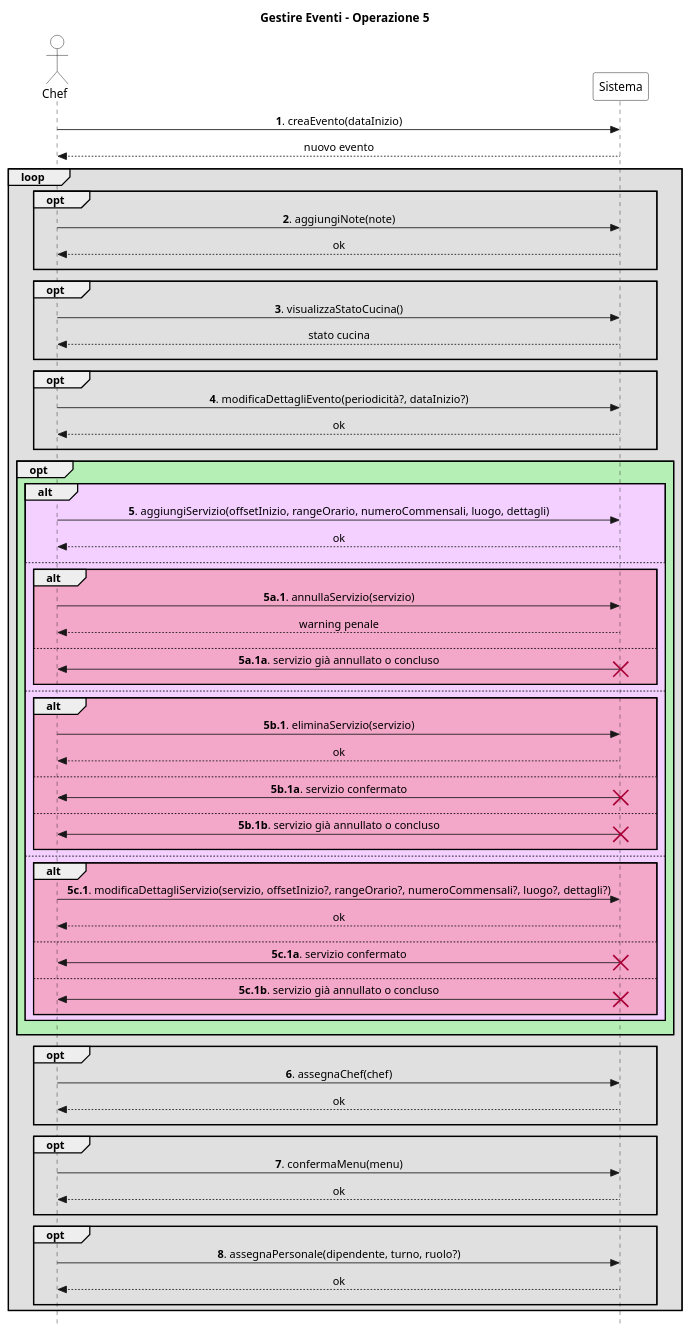
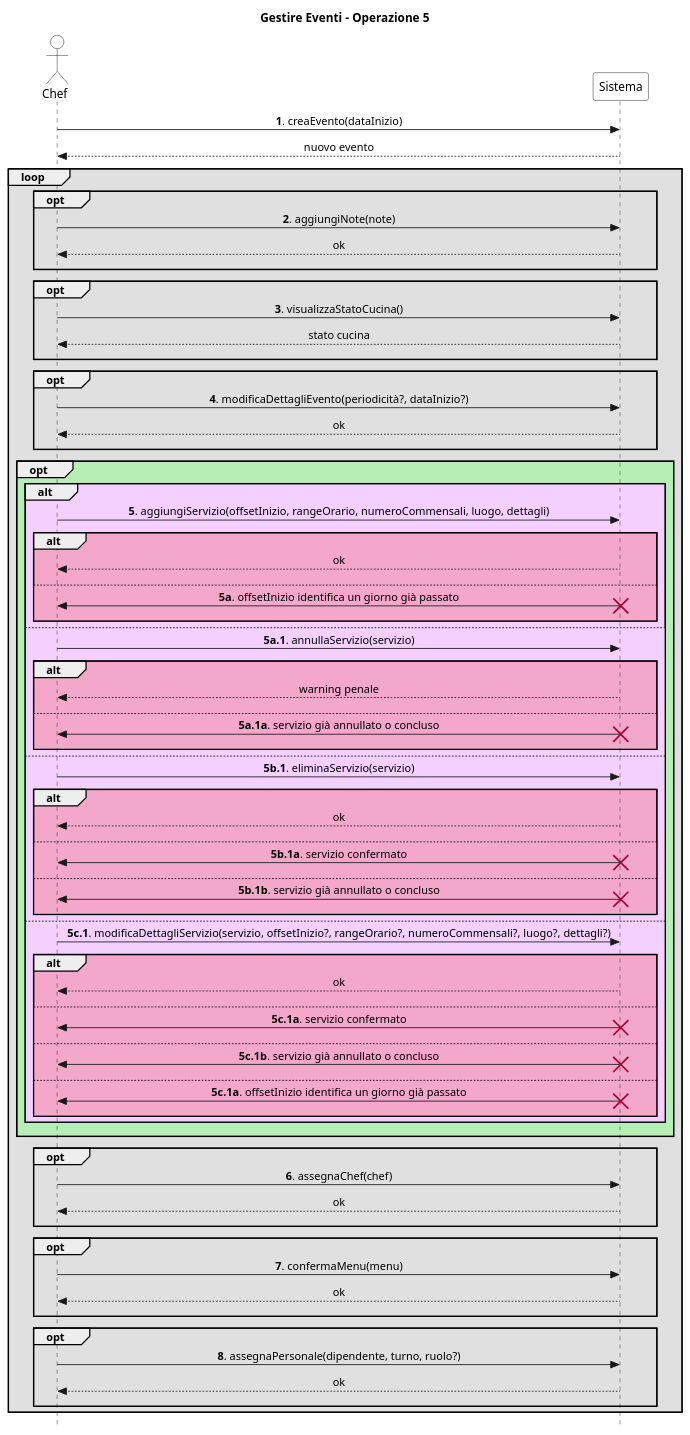
Before and after one commit to stefa168/sas-project: the diagram in UP/Requisiti/UC Gestire Eventi/SSD/Estensioni-Eccezioni Op5.puml, drawn with PlantUML. The commit also changed 2 other files, not shown here.

```diff
--- a/UP/Requisiti/UC Gestire Eventi/SSD/Estensioni-Eccezioni Op5.puml
+++ b/UP/Requisiti/UC Gestire Eventi/SSD/Estensioni-Eccezioni Op5.puml
@@ -1,104 +1,114 @@
 @startuml
 skinparam Style strictuml
 skinparam SequenceMessageAlign center
 
 skinparam sequence {
     ActorBorderColor Black
     ActorBackgroundColor White
     ParticipantBorderColor Black
     ParticipantBackgroundColor White
 }
 
 actor Chef
 participant Sistema
 
 title Gestire Eventi - Operazione 5
 
 Chef -> Sistema: **1**. creaEvento(dataInizio)
 return nuovo evento
 
 loop #e0e0e0
     opt #e0e0e0
         Chef -> Sistema: **2**. aggiungiNote(note)
         return ok
         ||10||
     end
 
     opt #e0e0e0
         Chef -> Sistema: **3**. visualizzaStatoCucina()
         return stato cucina
         ||10||
     end
 
     opt #e0e0e0
         Chef -> Sistema: **4**. modificaDettagliEvento(periodicità?, dataInizio?)
         return ok
         ||10||
     end
 
     opt #b6efb6
         alt #f3d0ff
             Chef -> Sistema: **5**. aggiungiServizio(offsetInizio, rangeOrario, numeroCommensali, luogo, dettagli)
-            return ok
-            ||10||
+            alt #f3a7c9
+                return ok
+                ||10||
+            else
+                Chef <- Sistema: **5a**. offsetInizio identifica un giorno già passato
+                destroy Sistema
+                ||10||
+            end
         else
+            Chef -> Sistema: **5a.1**. annullaServizio(servizio)
             alt #f3a7c9
-                Chef -> Sistema: **5a.1**. annullaServizio(servizio)
                 return warning penale
                 ||10||
             else
                 Chef <- Sistema: **5a.1a**. servizio già annullato o concluso
                 destroy Sistema
                 ||10||
             end
         else
+            Chef -> Sistema: **5b.1**. eliminaServizio(servizio)
             alt #f3a7c9
-                Chef -> Sistema: **5b.1**. eliminaServizio(servizio)
                 return ok
                 ||10||
             else
                 Chef <- Sistema: **5b.1a**. servizio confermato
                 destroy Sistema
                 ||10||
             else
                 Chef <- Sistema: **5b.1b**. servizio già annullato o concluso
                 destroy Sistema
                 ||10||
             end
         else
+            Chef -> Sistema: **5c.1**. modificaDettagliServizio(servizio, offsetInizio?, rangeOrario?, numeroCommensali?, luogo?, dettagli?)
             alt #f3a7c9
-                Chef -> Sistema: **5c.1**. modificaDettagliServizio(servizio, offsetInizio?, rangeOrario?, numeroCommensali?, luogo?, dettagli?)
                 return ok
                 ||10||
             else
                 Chef <- Sistema: **5c.1a**. servizio confermato
                 destroy Sistema
                 ||10||
             else
                 Chef <- Sistema: **5c.1b**. servizio già annullato o concluso
+                destroy Sistema
+                ||10||
+            else
+                Chef <- Sistema: **5c.1a**. offsetInizio identifica un giorno già passato
                 destroy Sistema
                 ||10||
             end
         end
         ||10||
     end
 
     opt #e0e0e0
         Chef -> Sistema: **6**. assegnaChef(chef)
         return ok
         ||10||
     end
 
     opt #e0e0e0
         Chef -> Sistema: **7**. confermaMenu(menu)
         return ok
         ||10||
     end
 
     opt #e0e0e0
         Chef -> Sistema: **8**. assegnaPersonale(dipendente, turno, ruolo?)
         return ok
         ||10||
     end
 end
 @enduml
```
